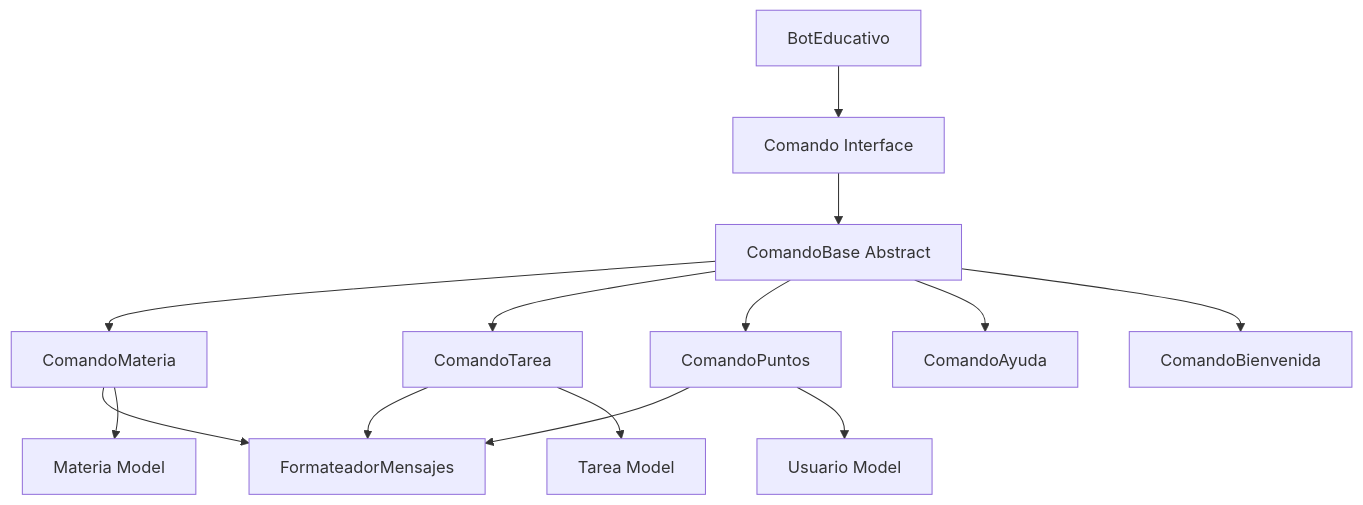
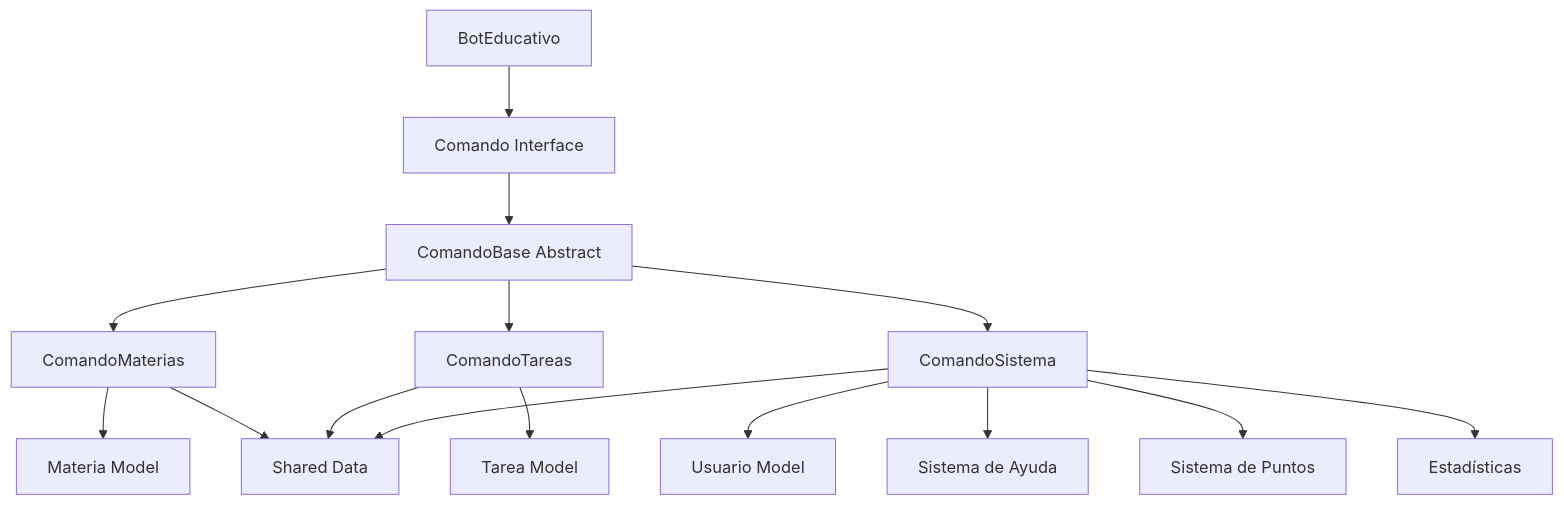
One commit to mmoscardi/discord-bot changed the diagram in docs/ESTRUCTURA.md. Above: the diagram before and after it, drawn with Mermaid. The commit also changed other lines of this file and 22 other files, not shown here.

````diff
--- a/docs/ESTRUCTURA.md
+++ b/docs/ESTRUCTURA.md
@@ -47,18 +45,20 @@
 ```mermaid
 graph TD
     A[BotEducativo] --> B[Comando Interface]
     B --> C[ComandoBase Abstract]
-    C --> D[ComandoMateria]
-    C --> E[ComandoTarea]
-    C --> F[ComandoPuntos]
-    C --> G[ComandoAyuda]
-    C --> H[ComandoBienvenida]
+    C --> D[ComandoMaterias]
+    C --> E[ComandoTareas] 
+    C --> F[ComandoSistema]
     
-    D --> I[FormateadorMensajes]
-    E --> I
-    F --> I
+    D --> G[Materia Model]
+    E --> H[Tarea Model]
+    F --> I[Usuario Model]
     
-    D --> J[Materia Model]
-    E --> K[Tarea Model]
-    F --> L[Usuario Model]
+    D --> J[Shared Data]
+    E --> J
+    F --> J
+    
+    F --> K[Sistema de Ayuda]
+    F --> L[Sistema de Puntos]
+    F --> M[Estadísticas]
 ```
````
